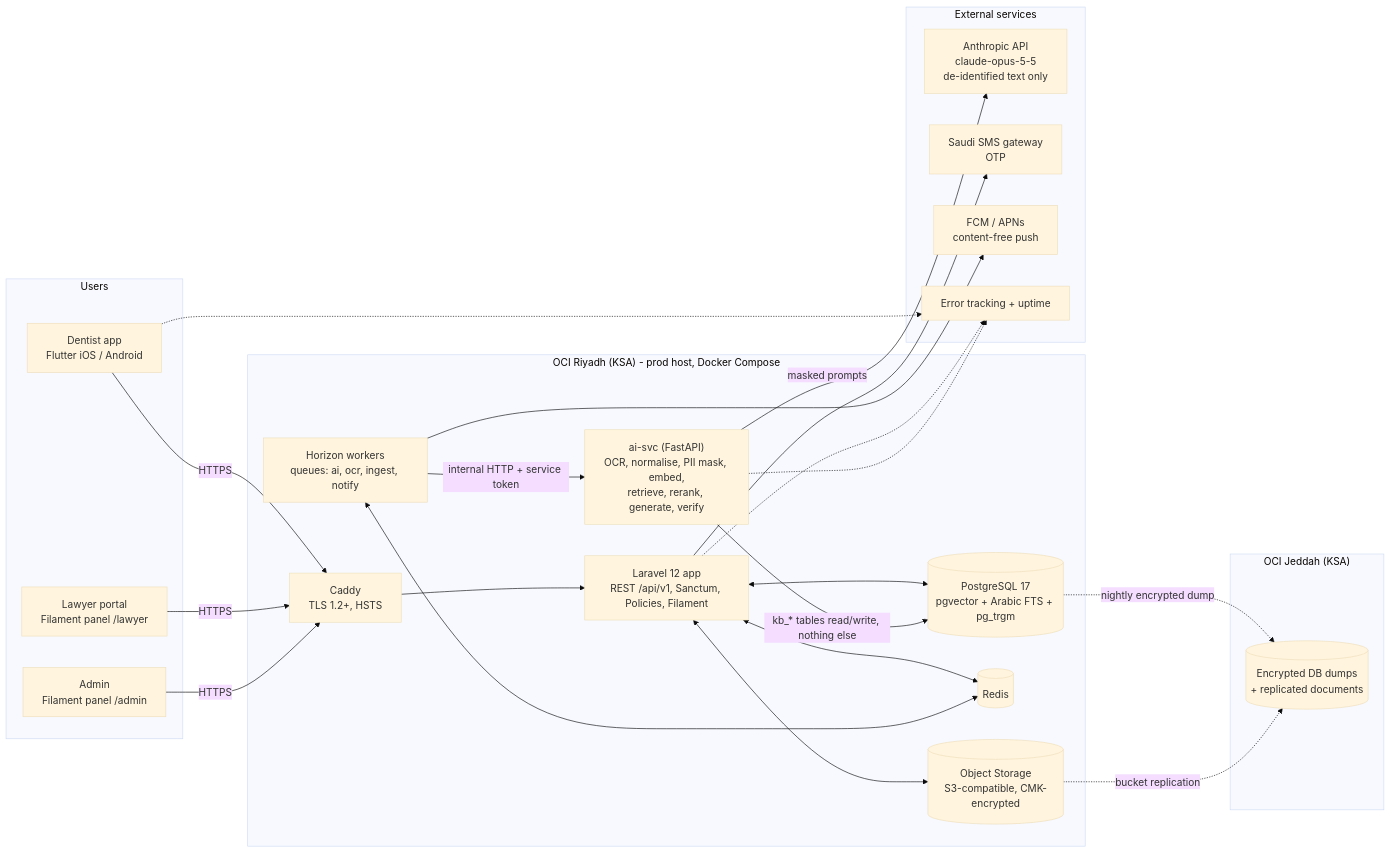
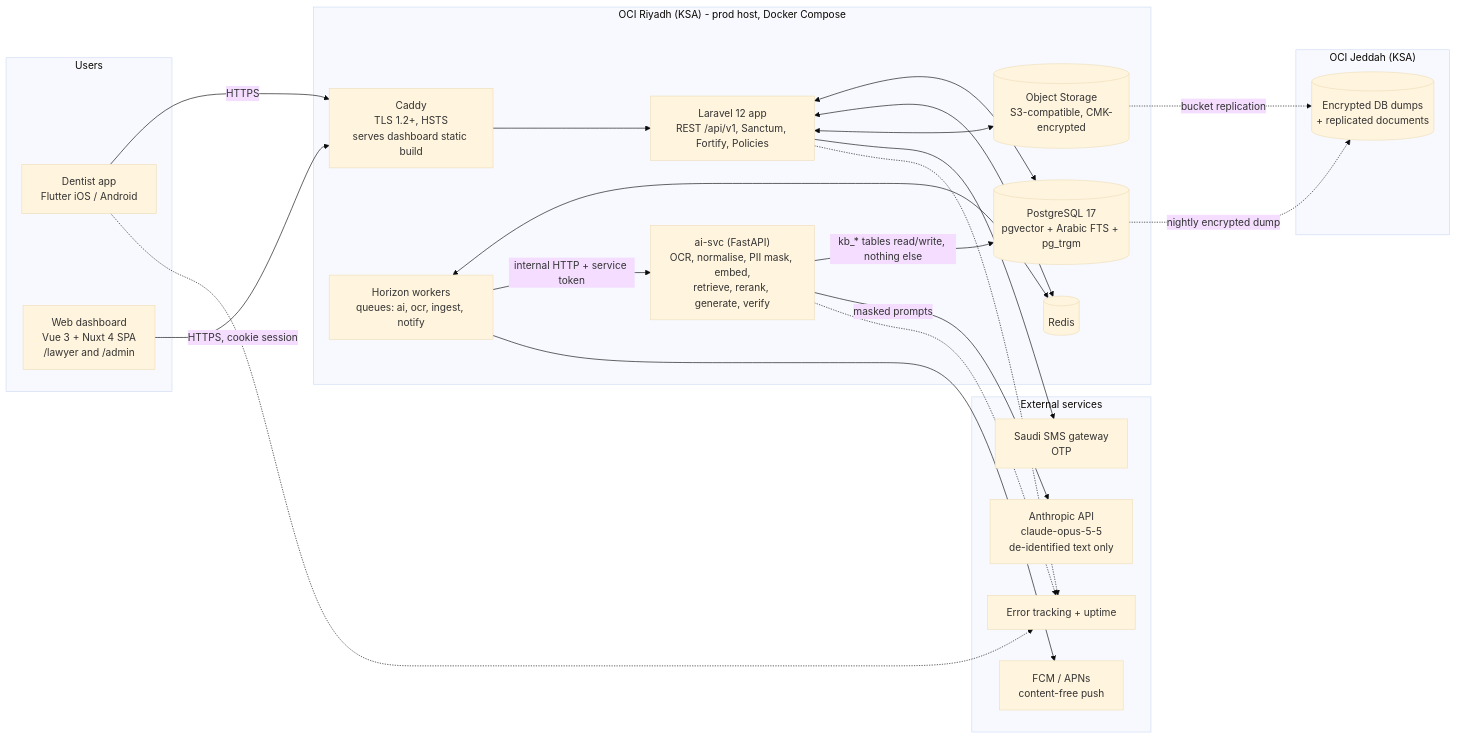
Before and after one commit to abdo-shrief270/DentLegal: the first of 4 diagrams in PROJECT1_PLAN.md, drawn with Mermaid (base theme). The commit also changed other lines of this file, not shown here.

First line of the commit message:
Plan v0.2: move lawyer portal and admin to a Vue 3 dashboard

````diff
--- a/PROJECT1_PLAN.md
+++ b/PROJECT1_PLAN.md
@@ -128,44 +129,42 @@
 ```mermaid
 flowchart LR
   subgraph Users
     D["Dentist app<br/>Flutter iOS / Android"]
-    LW["Lawyer portal<br/>Filament panel /lawyer"]
-    AW["Admin<br/>Filament panel /admin"]
+    WD["Web dashboard<br/>Vue 3 + Nuxt 4 SPA<br/>/lawyer and /admin"]
   end
   subgraph KSA1["OCI Riyadh (KSA) - prod host, Docker Compose"]
-    CD["Caddy<br/>TLS 1.2+, HSTS"]
-    LA["Laravel 12 app<br/>REST /api/v1, Sanctum, Policies, Filament"]
+    CD["Caddy<br/>TLS 1.2+, HSTS<br/>serves dashboard static build"]
+    LA["Laravel 12 app<br/>REST /api/v1, Sanctum, Fortify, Policies"]
     HZ["Horizon workers<br/>queues: ai, ocr, ingest, notify"]
     AI["ai-svc (FastAPI)<br/>OCR, normalise, PII mask, embed,<br/>retrieve, rerank, generate, verify"]
     PG[("PostgreSQL 17<br/>pgvector + Arabic FTS + pg_trgm")]
     RD[("Redis")]
     OS[("Object Storage<br/>S3-compatible, CMK-encrypted")]
   end
   subgraph KSA2["OCI Jeddah (KSA)"]
     BK[("Encrypted DB dumps<br/>+ replicated documents")]
   end
   subgraph EXT["External services"]
     ANT["Anthropic API<br/>claude-opus-5-5<br/>de-identified text only"]
     SMS["Saudi SMS gateway<br/>OTP"]
     FCM["FCM / APNs<br/>content-free push"]
     MON["Error tracking + uptime"]
   end
   D -- HTTPS --> CD
-  LW -- HTTPS --> CD
-  AW -- HTTPS --> CD
+  WD -- "HTTPS, cookie session" --> CD
   CD --> LA
   LA <--> PG
   LA <--> RD
   LA <--> OS
   HZ <--> RD
   HZ -- "internal HTTP + service token" --> AI
   AI -- "kb_* tables read/write, nothing else" --> PG
   AI -- "masked prompts" --> ANT
   LA --> SMS
   HZ --> FCM
   PG -. "nightly encrypted dump" .-> BK
   OS -. "bucket replication" .-> BK
   LA -.-> MON
   AI -.-> MON
   D -.-> MON
 ```
````
